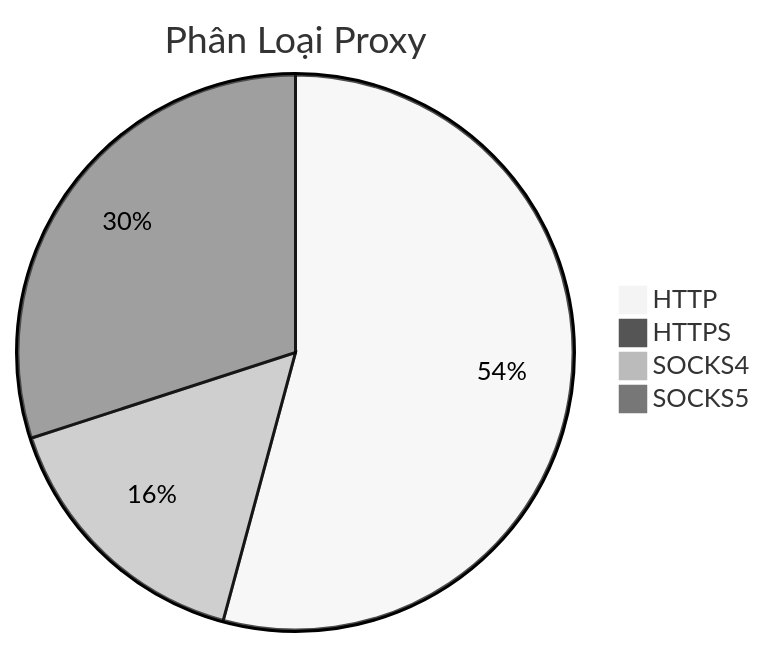
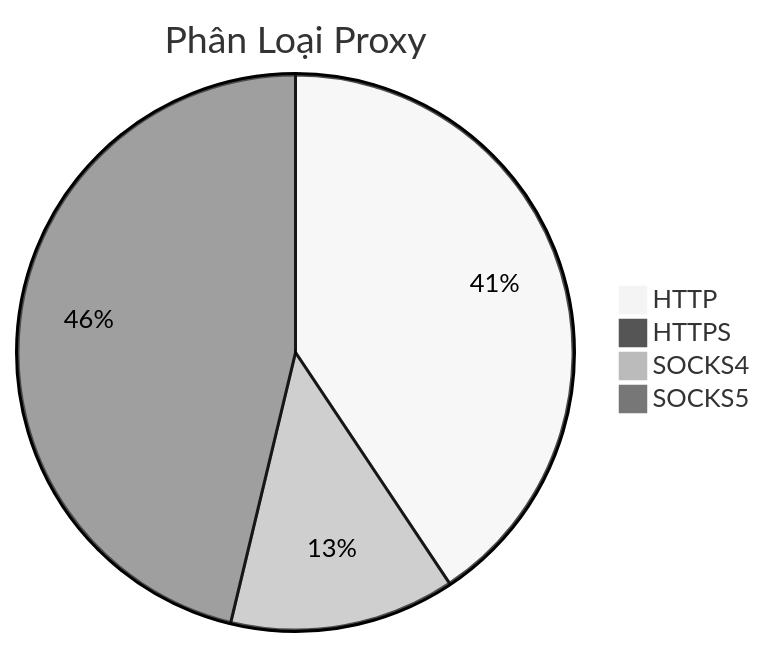
One commit to Ciara-12/PROXY-free changed the diagram in README.md. Above: the diagram before and after it, drawn with Mermaid (neutral theme). The commit also changed other lines of this file and 4 other files, not shown here.

````diff
--- a/README.md
+++ b/README.md
@@ -26,7 +26,7 @@
 ```mermaid
 pie title Phân Loại Proxy
-    "HTTP" : 1706
-    "HTTPS" : 3
-    "SOCKS4" : 498
-    "SOCKS5" : 944
+    "HTTP" : 1664
+    "HTTPS" : 1
+    "SOCKS4" : 537
+    "SOCKS5" : 1894
 ```
````
